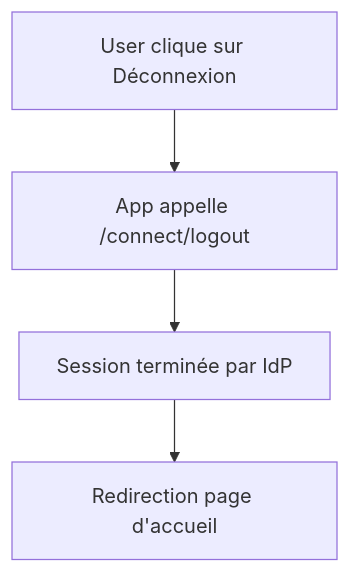
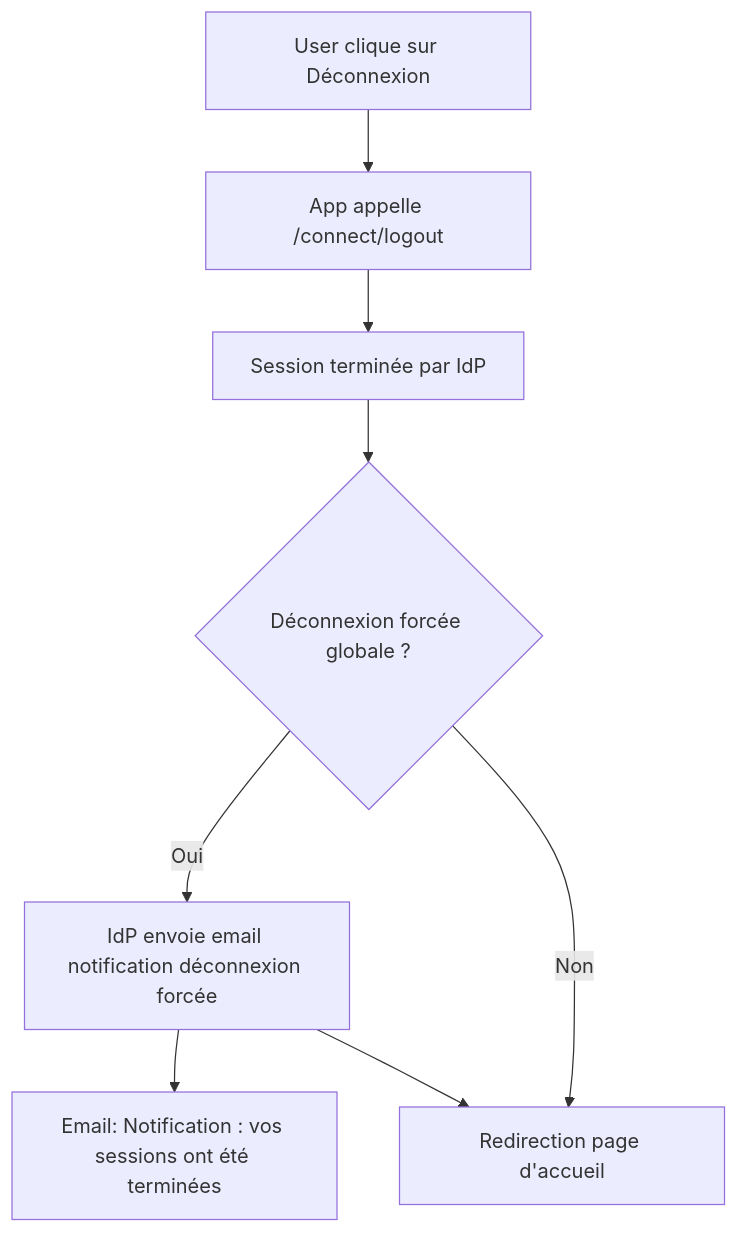
One commit to FantasticJoho/johodp changed diagram 14 of 16 in docs/identity-flows-mermaid.md. Above: the diagram before and after it, drawn with Mermaid. The commit also changed other lines of this file and 1 other file, not shown here.

Commit message:
feat: Add email confirmation steps for account activation and password reset flows in identity diagrams

````diff
--- a/docs/identity-flows-mermaid.md
+++ b/docs/identity-flows-mermaid.md
@@ -225,6 +258,10 @@
 ```mermaid
 flowchart TD
     A[User clique sur Déconnexion] --> B[App appelle /connect/logout]
     B --> C[Session terminée par IdP]
-    C --> D[Redirection page d'accueil]
+    C --> E{Déconnexion forcée globale ?}
+    E -->|Oui| F[IdP envoie email notification déconnexion forcée]
+    F --> G[Email: Notification : vos sessions ont été terminées]
+    F --> D[Redirection page d'accueil]
+    E -->|Non| D[Redirection page d'accueil]
 ```
````
